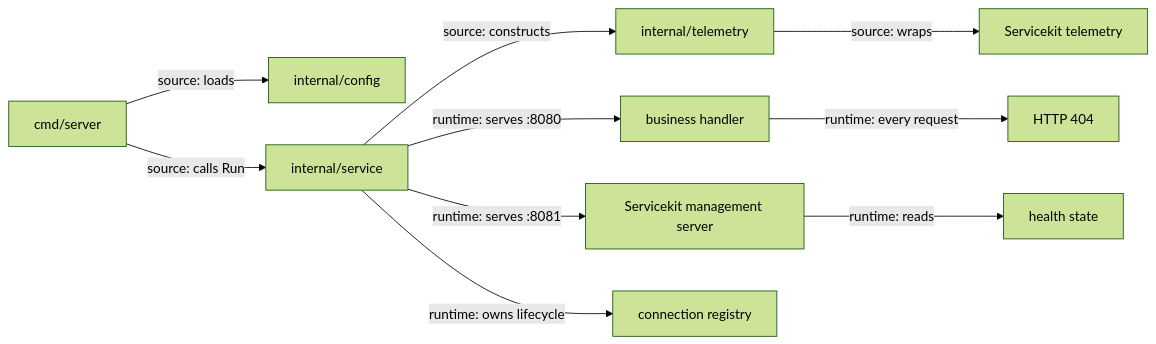
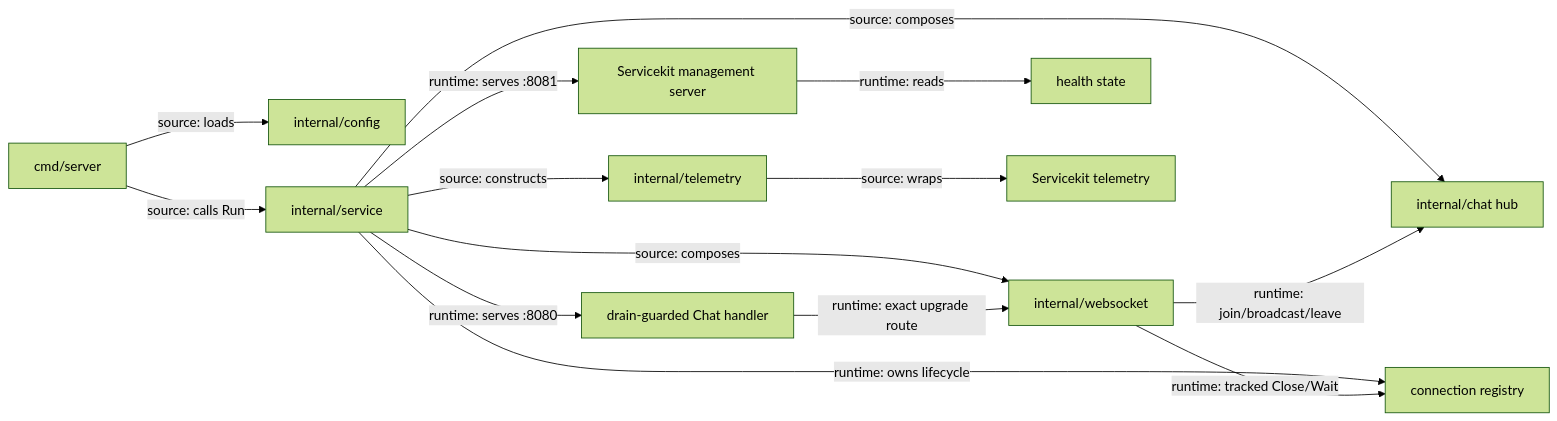
Before and after one commit to igor-baiborodine/insurance-hub: the diagram in services/chat-service/README.md, drawn with Mermaid (forest theme). The commit also changed other lines of this file and 48 other files, not shown here.

First line of the commit message:
feat(chat): [issue-390] deliver exact WebSocket parity and qualification - PR1 (#396)

````diff
--- a/services/chat-service/README.md
+++ b/services/chat-service/README.md
@@ -23,12 +22,16 @@
 ```mermaid
 flowchart LR
     Main["cmd/server"] -->|"source: loads"| Config["internal/config"]
     Main -->|"source: calls Run"| Service["internal/service"]
     Service -->|"source: constructs"| Telemetry["internal/telemetry"]
-    Service -->|"runtime: serves :8080"| Business["business handler"]
+    Service -->|"source: composes"| WebSocket["internal/websocket"]
+    Service -->|"source: composes"| Hub["internal/chat hub"]
+    Service -->|"runtime: serves :8080"| Business["drain-guarded Chat handler"]
     Service -->|"runtime: serves :8081"| Management["Servicekit management server"]
     Service -->|"runtime: owns lifecycle"| Registry["connection registry"]
-    Business -->|"runtime: every request"| NotFound["HTTP 404"]
+    Business -->|"runtime: exact upgrade route"| WebSocket
+    WebSocket -->|"runtime: join/broadcast/leave"| Hub
+    WebSocket -->|"runtime: tracked Close/Wait"| Registry
     Management -->|"runtime: reads"| Health["health state"]
     Telemetry -->|"source: wraps"| KitTelemetry["Servicekit telemetry"]
 ```
````
